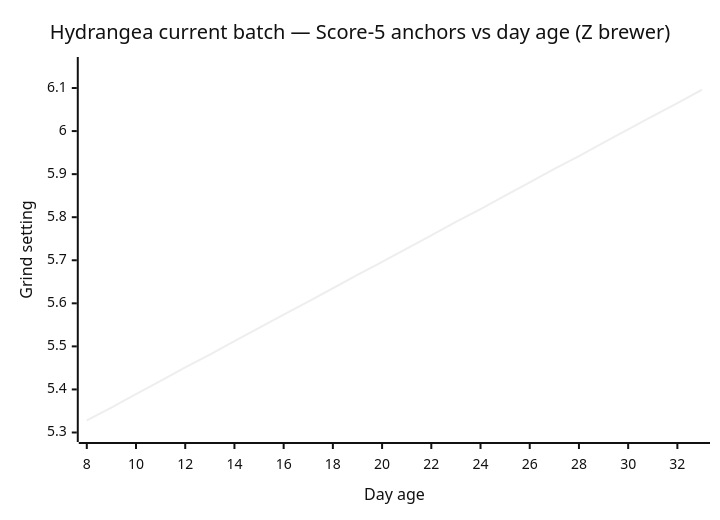
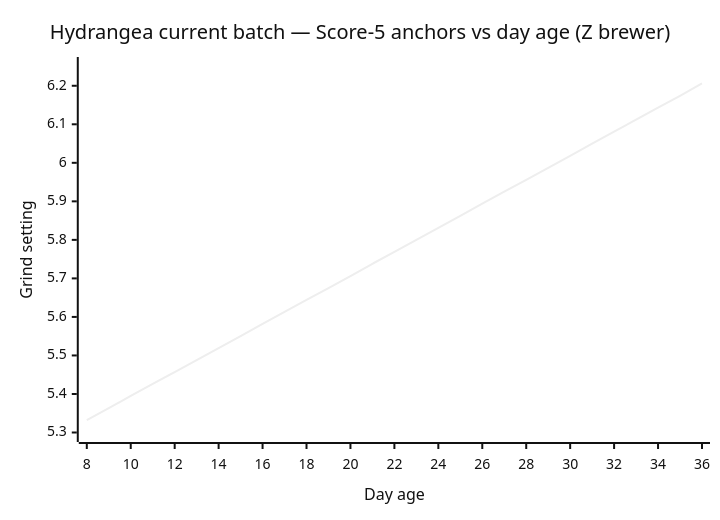
Before and after one commit to manuscriptmastr/coffee-journal: the first of 6 diagrams in joshua-martin/profile.md, drawn with Mermaid (neutral theme). The commit also changed other lines of this file and 1 other file, not shown here.

Commit message:
Refine Hydrangea late-life drift to ~0.033/day with Day 34-36 data; add Day-35 stalled-drift false-alarm prototype and Day-36 Pena best-cup S5

````diff
--- a/joshua-martin/profile.md
+++ b/joshua-martin/profile.md
@@ -90,7 +90,7 @@
 ```mermaid
 xychart-beta
     title "Hydrangea current batch — Score-5 anchors vs day age (Z brewer)"
-    x-axis "Day age" 8 --> 33
-    y-axis "Grind setting" 5.30 --> 6.15
-    line [5.328, 5.358, 5.389, 5.420, 5.451, 5.481, 5.512, 5.543, 5.574, 5.604, 5.635, 5.666, 5.696, 5.727, 5.758, 5.789, 5.819, 5.850, 5.881, 5.912, 5.942, 5.973, 6.004, 6.035, 6.065, 6.096]
+    x-axis "Day age" 8 --> 36
+    y-axis "Grind setting" 5.30 --> 6.25
+    line [5.332, 5.363, 5.395, 5.426, 5.457, 5.488, 5.519, 5.550, 5.582, 5.613, 5.644, 5.675, 5.706, 5.738, 5.769, 5.800, 5.831, 5.862, 5.894, 5.925, 5.956, 5.987, 6.018, 6.050, 6.081, 6.112, 6.143, 6.174, 6.206]
 ```
````
